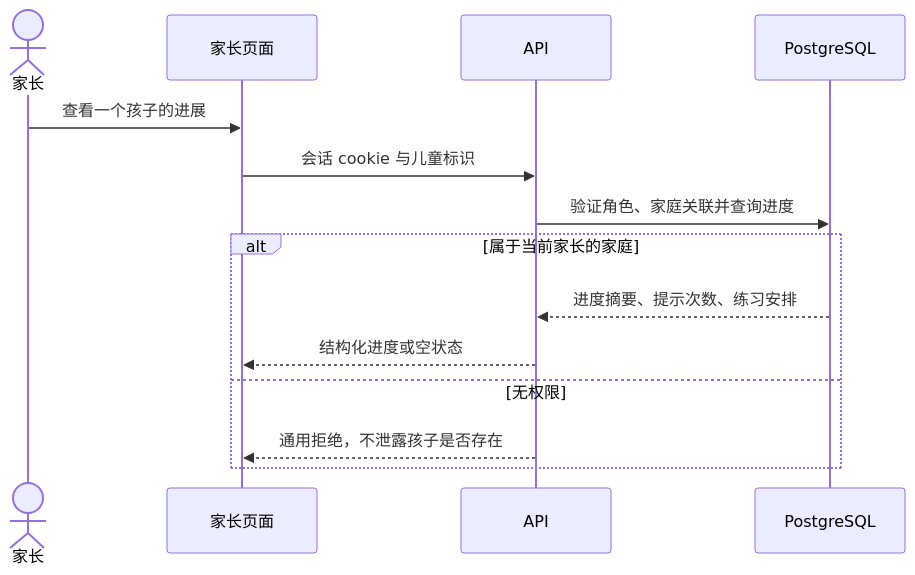
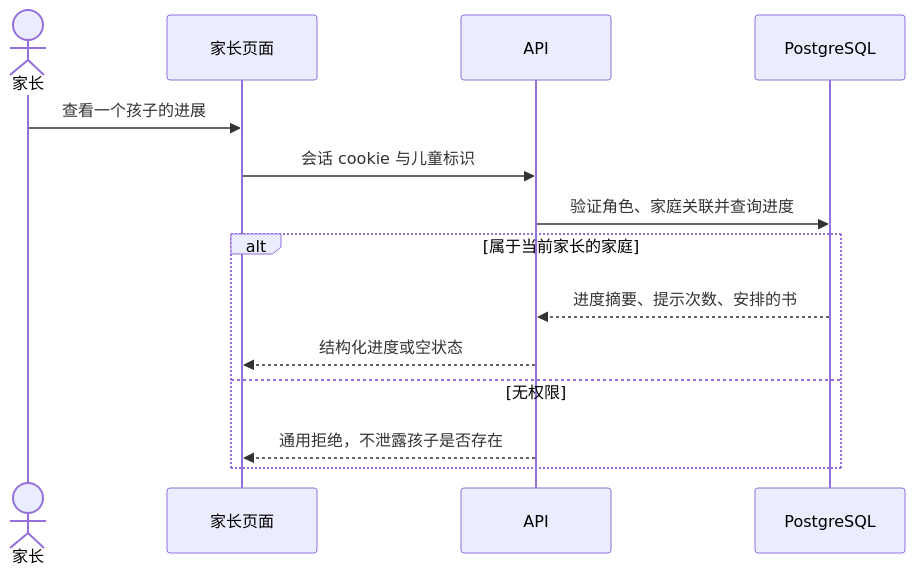
Before and after one commit to juanchaopan/education: the fifth of 5 diagrams in docs/architecture/overview.md, drawn with Mermaid. The commit also changed other lines of this file and 265 other files, not shown here.

````diff
--- a/docs/architecture/overview.md
+++ b/docs/architecture/overview.md
@@ -164,16 +164,16 @@
 ```mermaid
 sequenceDiagram
   actor P as 家长
   participant W as 家长页面
   participant A as API
   participant D as PostgreSQL
   P->>W: 查看一个孩子的进展
   W->>A: 会话 cookie 与儿童标识
   A->>D: 验证角色、家庭关联并查询进度
   alt 属于当前家长的家庭
-    D-->>A: 进度摘要、提示次数、练习安排
+    D-->>A: 进度摘要、提示次数、安排的书
     A-->>W: 结构化进度或空状态
   else 无权限
     A-->>W: 通用拒绝，不泄露孩子是否存在
   end
 ```
````
